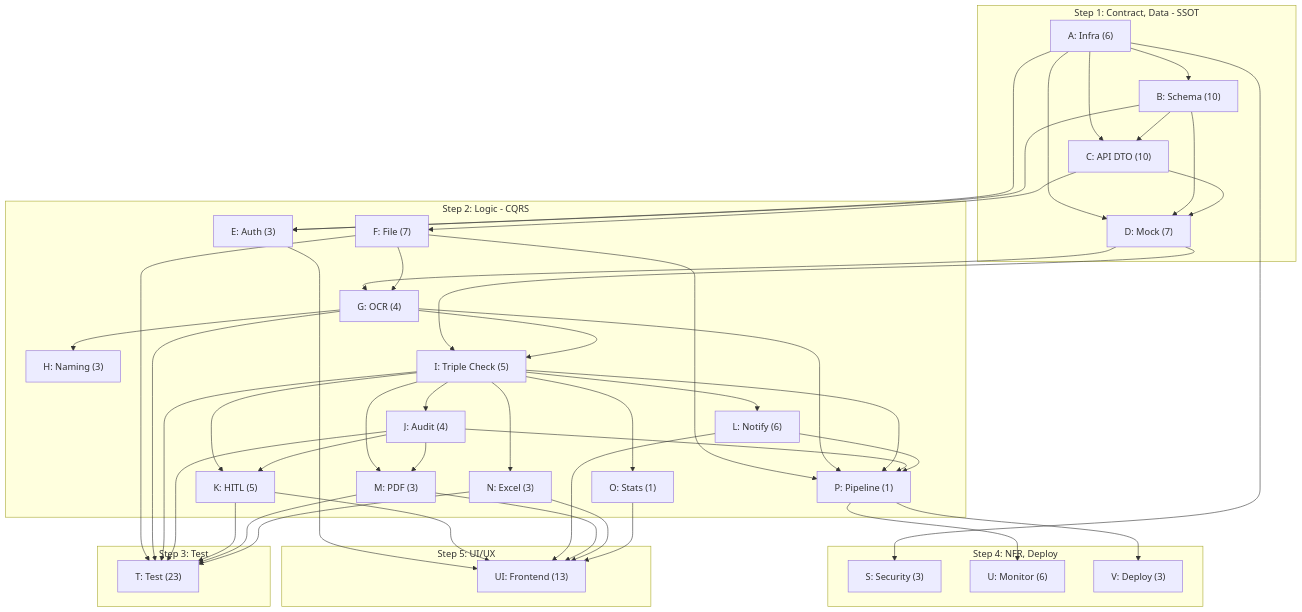
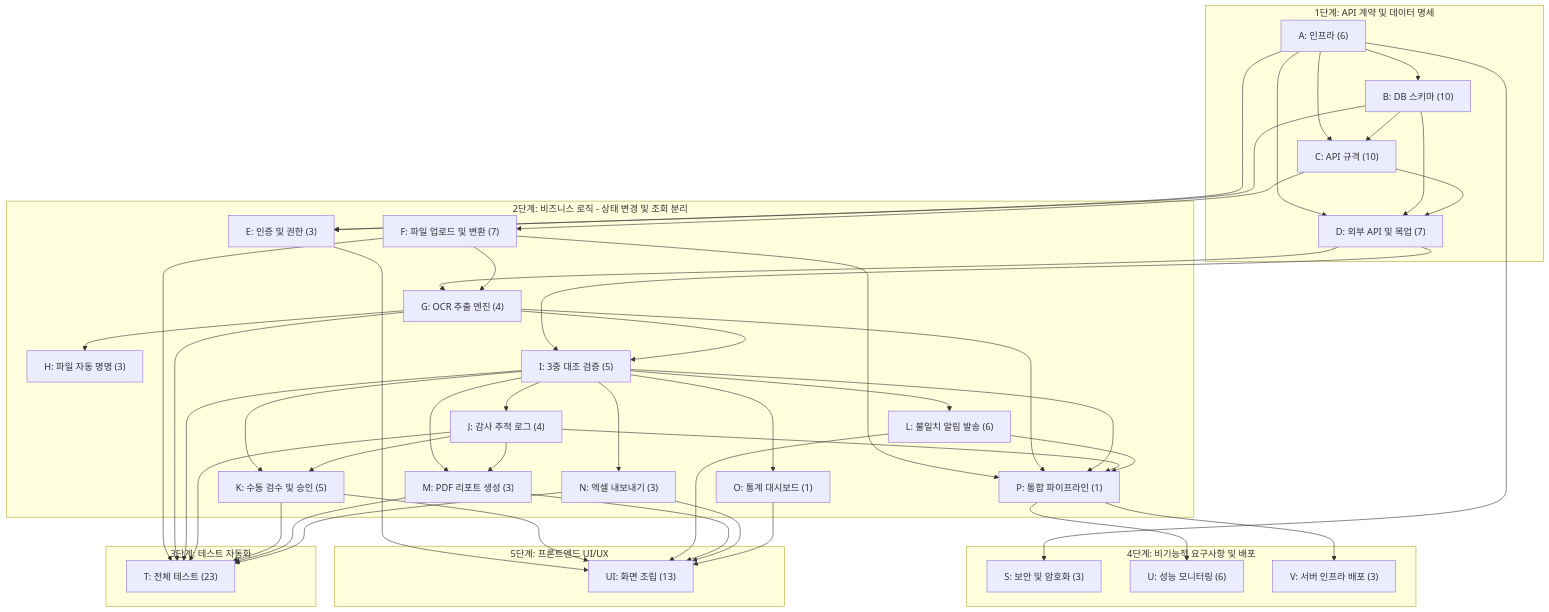
Before and after one commit to BooleanHR/SRS-from-PRD-HR-BooleanAI-info: the diagram in 3. TASKS/1. TASKS-LIST/TASK-001-HR-AI-Verification-v1.0.md, drawn with Mermaid.

Commit message:
feat: add TASK-001 HR AI verification documentation

````diff
--- a/3. TASKS/1. TASKS-LIST/TASK-001-HR-AI-Verification-v1.0.md
+++ b/3. TASKS/1. TASKS-LIST/TASK-001-HR-AI-Verification-v1.0.md
@@ -540,82 +540,82 @@
 ```mermaid
 graph TD
-    subgraph S1["Step 1: Contract, Data - SSOT"]
-        A["A: Infra (6)"]
-        B["B: Schema (10)"]
-        C["C: API DTO (10)"]
-        D["D: Mock (7)"]
+    subgraph S1 [1단계: API 계약 및 데이터 명세]
+        A["A: 인프라 (6)"]
+        B["B: DB 스키마 (10)"]
+        C["C: API 규격 (10)"]
+        D["D: 외부 API 및 목업 (7)"]
     end
 
-    subgraph S2["Step 2: Logic - CQRS"]
-        E["E: Auth (3)"]
-        F["F: File (7)"]
-        G["G: OCR (4)"]
-        H["H: Naming (3)"]
-        I["I: Triple Check (5)"]
-        J["J: Audit (4)"]
-        K["K: HITL (5)"]
-        L["L: Notify (6)"]
-        M["M: PDF (3)"]
-        N["N: Excel (3)"]
-        O["O: Stats (1)"]
-        P["P: Pipeline (1)"]
+    subgraph S2 [2단계: 비즈니스 로직 - 상태 변경 및 조회 분리]
+        E["E: 인증 및 권한 (3)"]
+        F["F: 파일 업로드 및 변환 (7)"]
+        G["G: OCR 추출 엔진 (4)"]
+        H["H: 파일 자동 명명 (3)"]
+        I["I: 3중 대조 검증 (5)"]
+        J["J: 감사 추적 로그 (4)"]
+        K["K: 수동 검수 및 승인 (5)"]
+        L["L: 불일치 알림 발송 (6)"]
+        M["M: PDF 리포트 생성 (3)"]
+        N["N: 엑셀 내보내기 (3)"]
+        O["O: 통계 대시보드 (1)"]
+        P["P: 통합 파이프라인 (1)"]
     end
 
-    subgraph S3["Step 3: Test"]
-        T["T: Test (23)"]
+    subgraph S3 [3단계: 테스트 자동화]
+        T["T: 전체 테스트 (23)"]
     end
 
-    subgraph S4["Step 4: NFR, Deploy"]
-        S["S: Security (3)"]
-        U["U: Monitor (6)"]
-        V["V: Deploy (3)"]
+    subgraph S4 [4단계: 비기능적 요구사항 및 배포]
+        S["S: 보안 및 암호화 (3)"]
+        U["U: 성능 모니터링 (6)"]
+        V["V: 서버 인프라 배포 (3)"]
     end
 
-    subgraph S5["Step 5: UI/UX"]
-        UI["UI: Frontend (13)"]
+    subgraph S5 [5단계: 프론트엔드 UI/UX]
+        UI["UI: 화면 조립 (13)"]
     end
 
     A --> B
     A --> C
     A --> D
     A --> E
     A --> S
     B --> C
     B --> D
     B --> E
     C --> D
     C --> F
     D --> G
     D --> I
     F --> G
     G --> H
     G --> I
     I --> J
     I --> K
     I --> L
     I --> M
     I --> N
     I --> O
     J --> K
     J --> M
     F --> P
     G --> P
     I --> P
     J --> P
     L --> P
     E --> UI
     K --> UI
     L --> UI
     M --> UI
     N --> UI
     O --> UI
     P --> U
     P --> V
     F --> T
     G --> T
     I --> T
     J --> T
     K --> T
     M --> T
     N --> T
 ```
````
